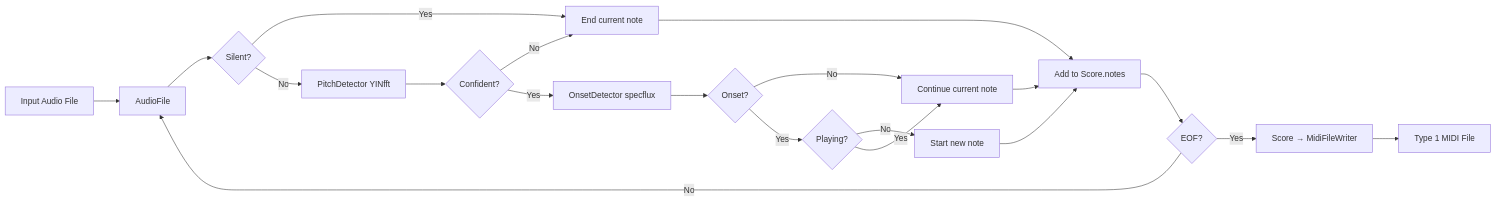
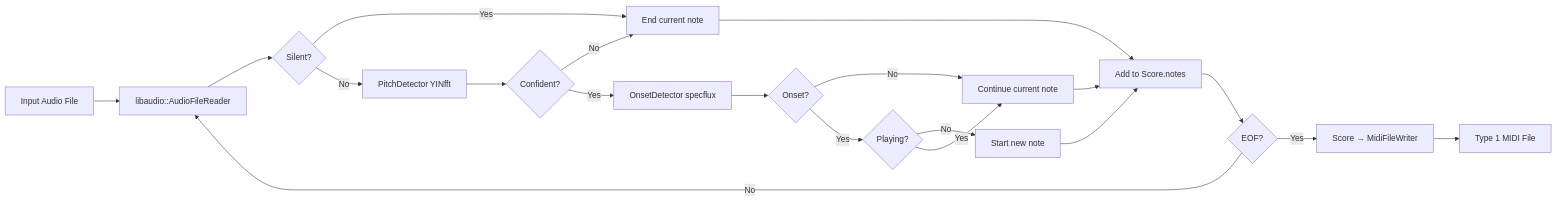
The diagram in lode/midicapture/summary.md (Fudmottin/Audio), drawn with Mermaid before and after one commit. The commit also changed other lines of this file and 49 other files, not shown here.

First line of the commit message:
libaudio: add namespace + consolidate file I/O into AudioFileReader

````diff
--- a/lode/midicapture/summary.md
+++ b/lode/midicapture/summary.md
@@ -46,22 +44,22 @@
 ```mermaid
 graph LR
-    A[Input Audio File] --> B[AudioFile]
+    A[Input Audio File] --> B[libaudio::AudioFileReader]
     B --> C{Silent?}
     C -->|Yes| D[End current note]
     C -->|No| E[PitchDetector YINfft]
     E --> F{Confident?}
     F -->|No| D
     F -->|Yes| G[OnsetDetector specflux]
     G --> H{Onset?}
     H -->|No| I[Continue current note]
     H -->|Yes| J{Playing?}
     J -->|No| K[Start new note]
     J -->|Yes| I
     K --> L[Add to Score.notes]
     I --> L
     D --> L
     L --> M{EOF?}
     M -->|No| B
     M -->|Yes| N[Score → MidiFileWriter]
     N --> O[Type 1 MIDI File]
 ```
````
